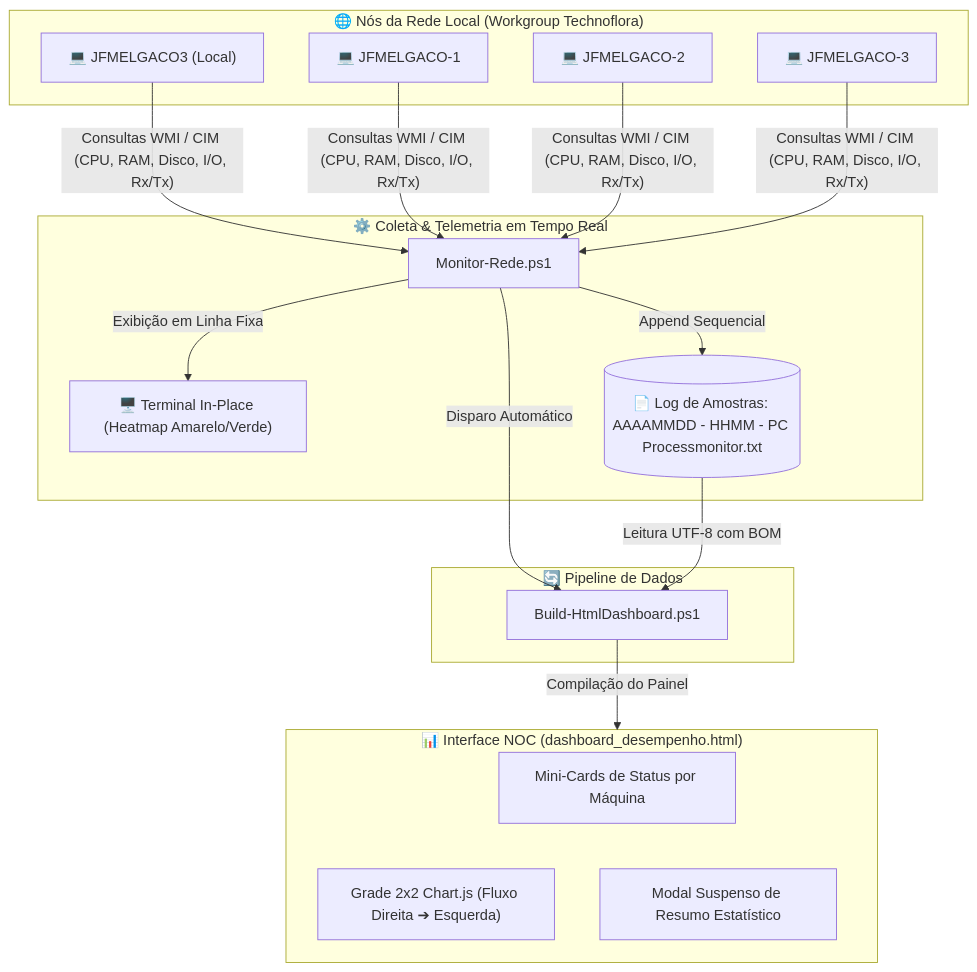
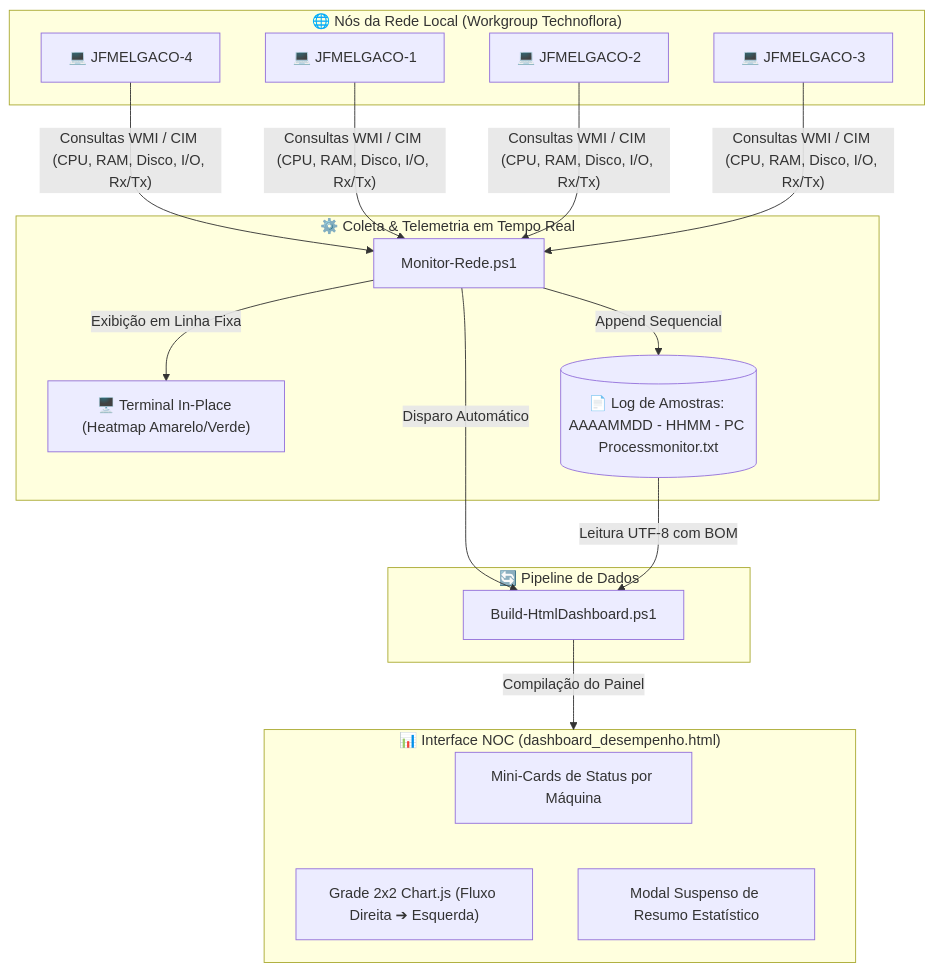
The diagram in README.md (Julianmel/PCProcessMonitor), drawn with Mermaid before and after one commit. The commit also changed other lines of this file and 5 other files, not shown here.

````diff
--- a/README.md
+++ b/README.md
@@ -80,35 +80,35 @@
 ```mermaid
 flowchart TD
     subgraph LAN["🌐 Nós da Rede Local (Workgroup Technoflora)"]
-        PC1["💻 JFMELGACO3 (Local)"]
+        PC1["💻 JFMELGACO-4"]
         PC2["💻 JFMELGACO-1"]
         PC3["💻 JFMELGACO-2"]
         PC4["💻 JFMELGACO-3"]
     end
 
     subgraph TELEMETRIA["⚙️ Coleta & Telemetria em Tempo Real"]
         MON["Monitor-Rede.ps1"]
         TERMINAL["🖥️ Terminal In-Place (Heatmap Amarelo/Verde)"]
         LOGS[("📄 Log de Amostras: AAAAMMDD - HHMM - PC Processmonitor.txt")]
     end
 
     subgraph PIPELINE["🔄 Pipeline de Dados"]
         BUILD["Build-HtmlDashboard.ps1"]
     end
 
     subgraph DASHBOARD["📊 Interface NOC (dashboard_desempenho.html)"]
         CARDS["Mini-Cards de Status por Máquina"]
         CHARTS["Grade 2x2 Chart.js (Fluxo Direita ➔ Esquerda)"]
         MODAL["Modal Suspenso de Resumo Estatístico"]
     end
 
     PC1 & PC2 & PC3 & PC4 -->|"Consultas WMI / CIM (CPU, RAM, Disco, I/O, Rx/Tx)"| MON
     MON -->|"Exibição em Linha Fixa"| TERMINAL
     MON -->|"Append Sequencial"| LOGS
     MON -->|"Disparo Automático"| BUILD
     LOGS -->|"Leitura UTF-8 com BOM"| BUILD
     BUILD -->|"Compilação do Painel"| DASHBOARD
     DASHBOARD --- CARDS
     DASHBOARD --- CHARTS
     DASHBOARD --- MODAL
 ```
````
